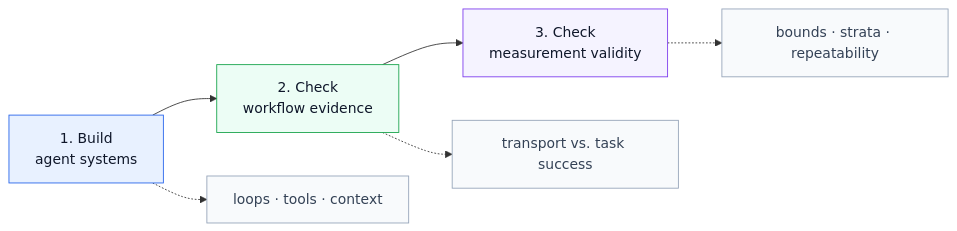
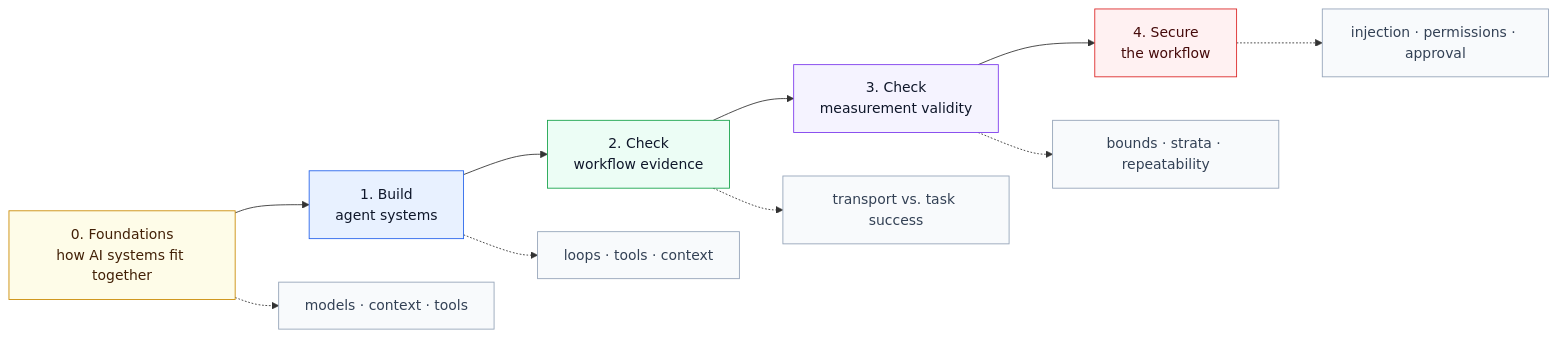
Before and after one commit to julie-elkins/agent-evaluation-learning-path: the diagram in README.md, drawn with Mermaid. The commit also changed other lines of this file, not shown here.

Commit message:
Add foundations and security learning stages

````diff
--- a/README.md
+++ b/README.md
@@ -13,19 +14,27 @@
 ```mermaid
 flowchart LR
-    B["1. Build<br/>agent systems"] --> W["2. Check<br/>workflow evidence"]
+    F["0. Foundations<br/>how AI systems fit together"] --> B["1. Build<br/>agent systems"]
+    B --> W["2. Check<br/>workflow evidence"]
     W --> M["3. Check<br/>measurement validity"]
+    M --> S["4. Secure<br/>the workflow"]
 
+    F -.-> Fx["models · context · tools"]
     B -.-> Bx["loops · tools · context"]
     W -.-> Wx["transport vs. task success"]
     M -.-> Mx["bounds · strata · repeatability"]
+    S -.-> Sx["injection · permissions · approval"]
 
+    classDef foundation fill:#fefce8,stroke:#ca8a04,color:#422006
     classDef build fill:#e8f1ff,stroke:#2563eb,color:#0f172a
     classDef workflow fill:#ecfdf5,stroke:#16a34a,color:#0f172a
     classDef measure fill:#f5f3ff,stroke:#7c3aed,color:#0f172a
+    classDef secure fill:#fff1f2,stroke:#dc2626,color:#450a0a
     classDef detail fill:#f8fafc,stroke:#94a3b8,color:#334155
 
+    class F foundation
     class B build
     class W workflow
     class M measure
-    class Bx,Wx,Mx detail
+    class S secure
+    class Fx,Bx,Wx,Mx,Sx detail
 ```
````
